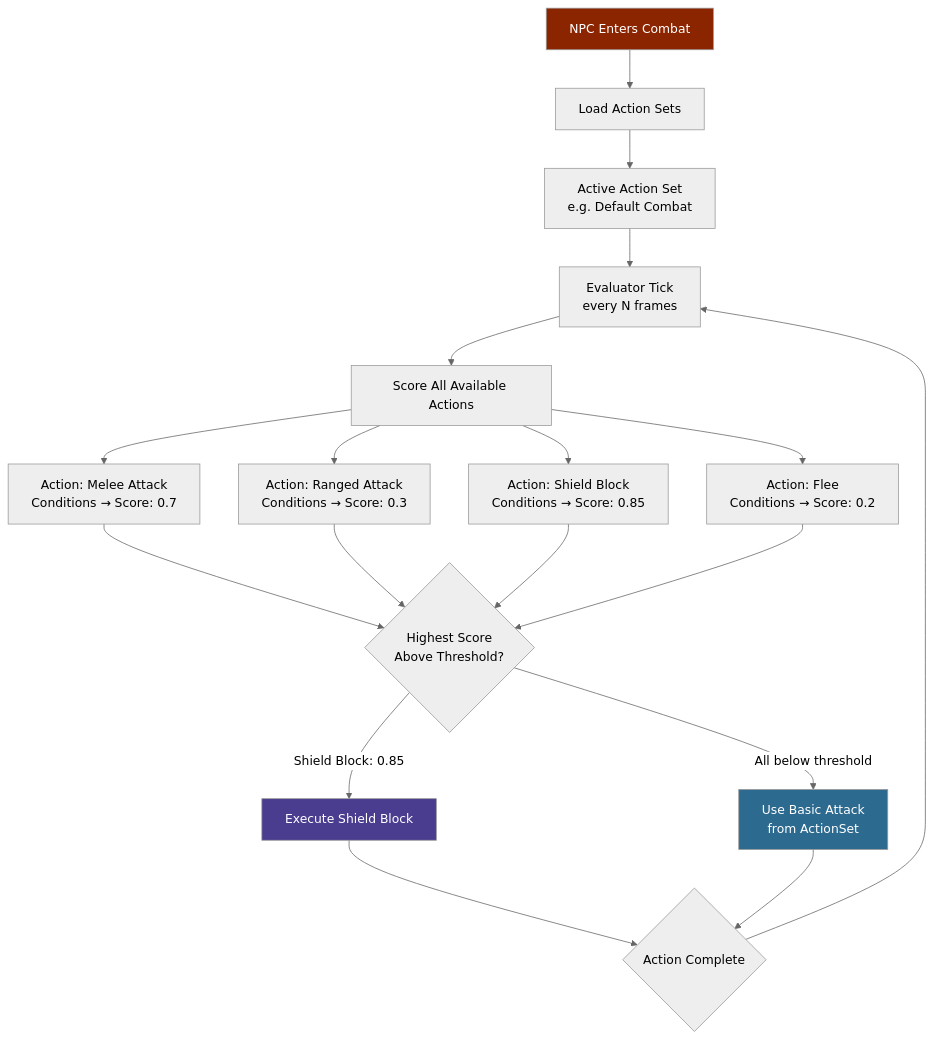
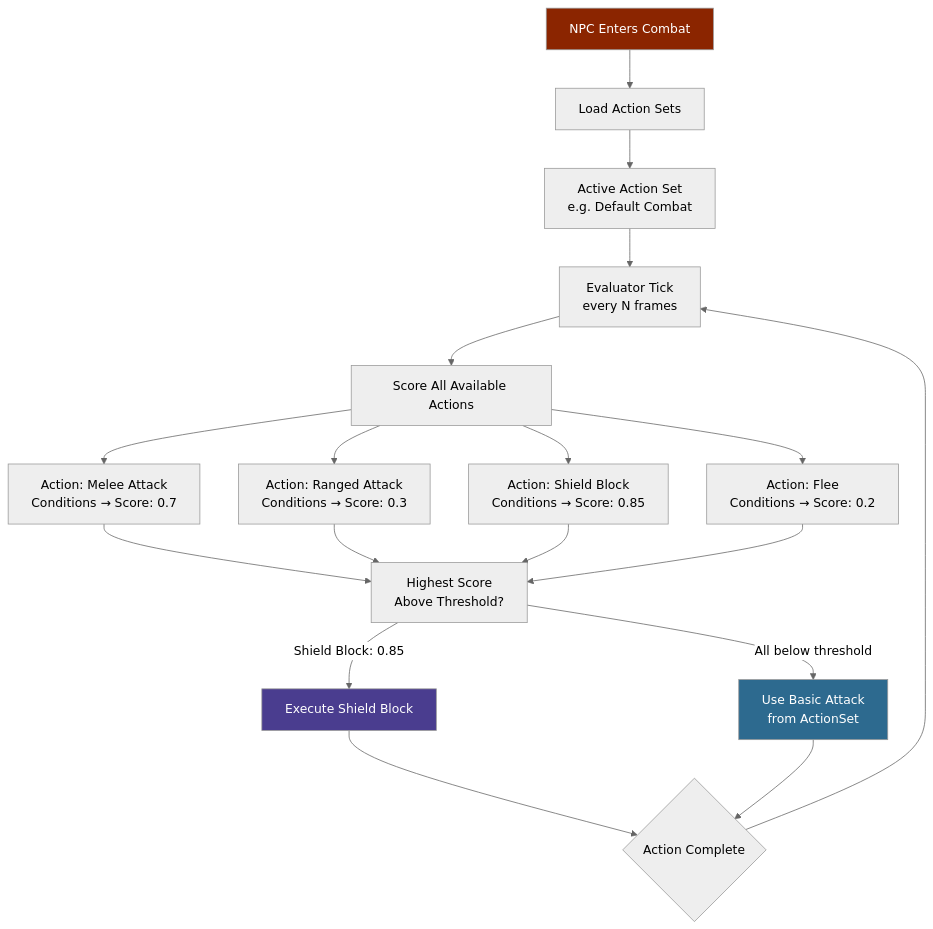
Before and after one commit to nevesb/hytale-modding-docs: the first of 2 diagrams in src/content/docs/es/reference/npc-system/npc-combat-balancing.md, drawn with Mermaid (neutral theme). The commit also changed other lines of this file and 34 other files, not shown here.

First line of the commit message:
docs: enhance mermaid diagrams for clarity and readability

````diff
--- a/src/content/docs/es/reference/npc-system/npc-combat-balancing.md
+++ b/src/content/docs/es/reference/npc-system/npc-combat-balancing.md
@@ -12,29 +12,29 @@
 ```mermaid
 flowchart TD
     A[NPC Enters Combat] --> B[Load Action Sets]
-    B --> C[Active Action Set\ne.g. Default Combat]
+    B --> C["Active Action Set<br/>e.g. Default Combat"]
 
-    C --> D[Evaluator Tick\nevery N frames]
+    C --> D["Evaluator Tick<br/>every N frames"]
     D --> E[Score All Available Actions]
 
-    E --> F[Action: Melee Attack\nConditions → Score: 0.7]
-    E --> G[Action: Ranged Attack\nConditions → Score: 0.3]
-    E --> H[Action: Shield Block\nConditions → Score: 0.85]
-    E --> I[Action: Flee\nConditions → Score: 0.2]
+    E --> F["Action: Melee Attack<br/>Conditions → Score: 0.7"]
+    E --> G["Action: Ranged Attack<br/>Conditions → Score: 0.3"]
+    E --> H["Action: Shield Block<br/>Conditions → Score: 0.85"]
+    E --> I["Action: Flee<br/>Conditions → Score: 0.2"]
 
-    F --> J{Highest Score\nAbove Threshold?}
+    F --> J["Highest Score<br/>Above Threshold?"]
     G --> J
     H --> J
     I --> J
 
-    J -->|Shield Block: 0.85| K[Execute Shield Block]
-    J -->|All below threshold| L[Use Basic Attack\nfrom ActionSet]
+    J -->|"Shield Block: 0.85"| K[Execute Shield Block]
+    J -->|"All below threshold"| L["Use Basic Attack<br/>from ActionSet"]
 
     K --> M{Action Complete}
     L --> M
     M --> D
 
     style A fill:#8b2500,color:#fff
     style K fill:#4a3d8f,color:#fff
     style L fill:#2d6a8f,color:#fff
 ```
````
